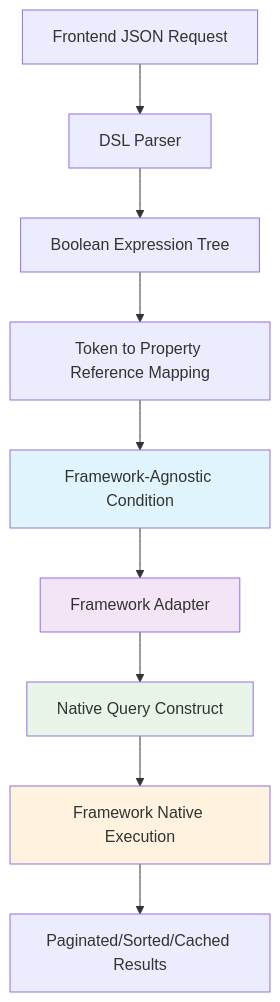
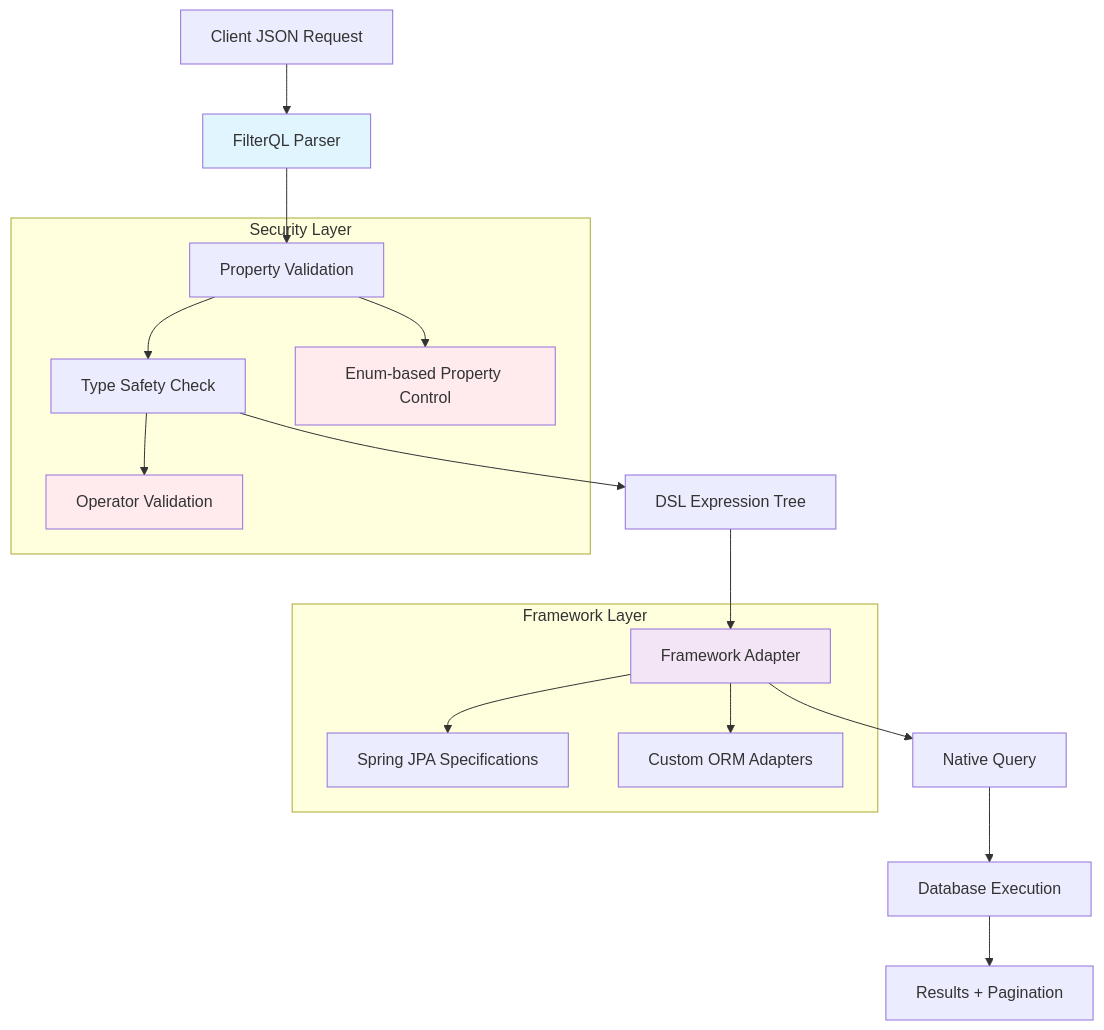
One commit to cyfko/filter-build changed the diagram in README.md. Above: the diagram before and after it, drawn with Mermaid. The commit also changed other lines of this file and 18 other files, not shown here.

````diff
--- a/README.md
+++ b/README.md
@@ -113,16 +442,26 @@
 ```mermaid
 flowchart TD
-A[Frontend JSON Request] --> B[DSL Parser]
-B --> C[Boolean Expression Tree]
-C --> D[Token to Property Reference Mapping]
-D --> E[Framework-Agnostic Condition]
-E --> F[Framework Adapter]
-F --> G[Native Query Construct]
-G --> H[Framework Native Execution]
-H --> I[Paginated/Sorted/Cached Results]
+    A[Client JSON Request] --> B[FilterQL Parser]
+    B --> C[Property Validation]
+    C --> D[Type Safety Check]
+    D --> E[DSL Expression Tree]
+    E --> F[Framework Adapter]
+    F --> G[Native Query]
+    G --> H[Database Execution]
+    H --> I[Results + Pagination]
 
-style E fill:#e1f5fe
-style F fill:#f3e5f5
-style G fill:#e8f5e8
-style H fill:#fff3e0
+    subgraph "Security Layer"
+        C --> J[Enum-based Property Control]
+        D --> K[Operator Validation]
+    end
+
+    subgraph "Framework Layer"
+        F --> L[Spring JPA Specifications]
+        F --> M[Custom ORM Adapters]
+    end
+
+    style B fill:#e1f5fe
+    style J fill:#ffebee
+    style K fill:#ffebee
+    style F fill:#f3e5f5
 ```
````
